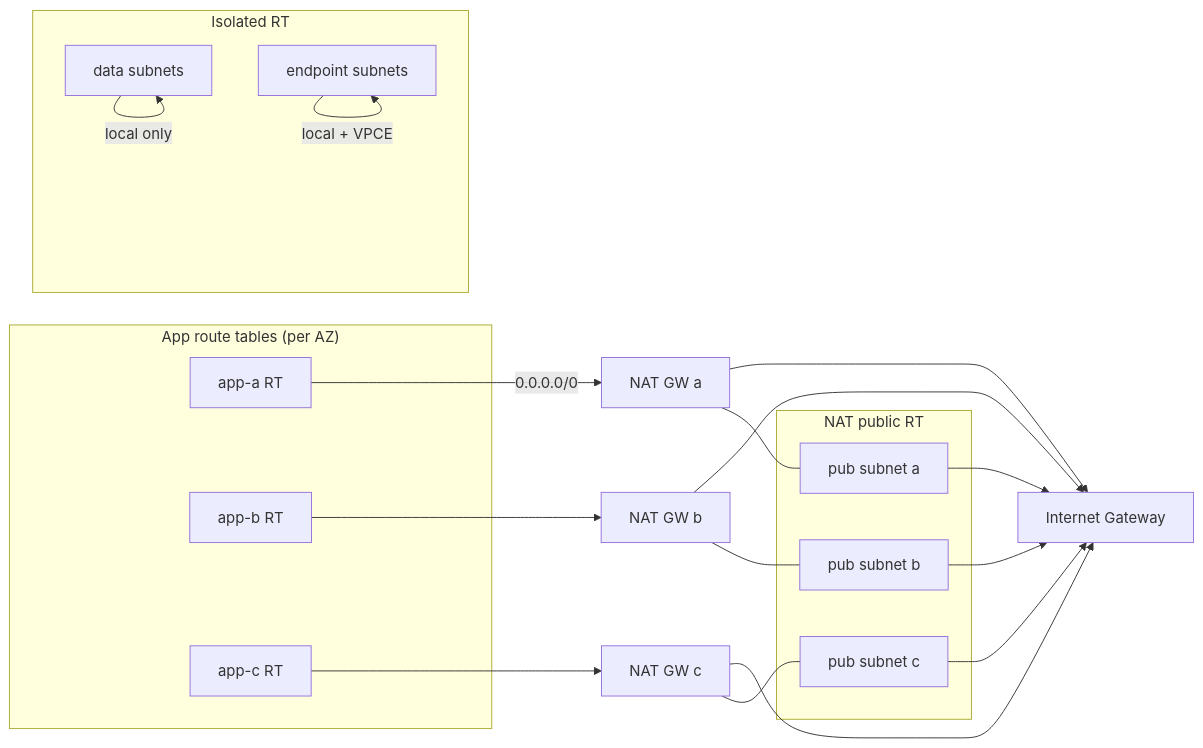
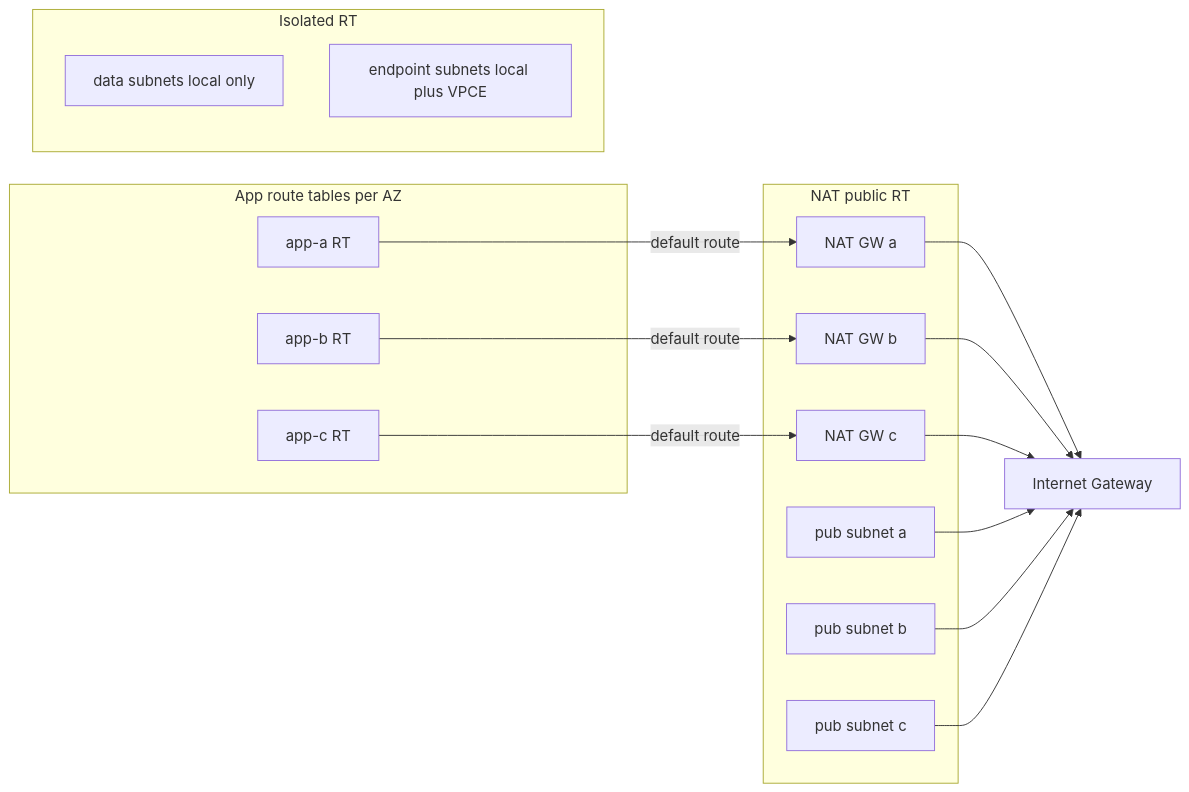
One commit to evyatare92/aws-project changed the first of 2 diagrams in docs/architecture/network-and-routing.md. Above: the diagram before and after it, drawn with Mermaid. The commit also changed 1 other file, not shown here.

````diff
--- a/docs/architecture/network-and-routing.md
+++ b/docs/architecture/network-and-routing.md
@@ -34,41 +34,34 @@
 ```mermaid
 flowchart LR
-  subgraph AppRT["App route tables (per AZ)"]
+  subgraph AppRT["App route tables per AZ"]
     AppA["app-a RT"]
     AppB["app-b RT"]
     AppC["app-c RT"]
   end
 
   subgraph IsolatedRT["Isolated RT"]
-    Data["data subnets"]
-    EP["endpoint subnets"]
+    Data["data subnets local only"]
+    EP["endpoint subnets local plus VPCE"]
   end
 
   subgraph PublicRT["NAT public RT"]
     PubA["pub subnet a"]
+    NATA["NAT GW a"]
     PubB["pub subnet b"]
+    NATB["NAT GW b"]
     PubC["pub subnet c"]
+    NATC["NAT GW c"]
   end
 
   IGW["Internet Gateway"]
-  NATA["NAT GW a"]
-  NATB["NAT GW b"]
-  NATC["NAT GW c"]
 
-  AppA -->|"0.0.0.0/0"| NATA
-  AppB --> NATB
-  AppC --> NATC
+  AppA -->|"default route"| NATA
+  AppB -->|"default route"| NATB
+  AppC -->|"default route"| NATC
   NATA --> IGW
   NATB --> IGW
   NATC --> IGW
-  NATA --- PubA
-  NATB --- PubB
-  NATC --- PubC
-
   PubA --> IGW
   PubB --> IGW
   PubC --> IGW
-
-  Data -->|"local only"| Data
-  EP -->|"local + VPCE"| EP
 ```
````
